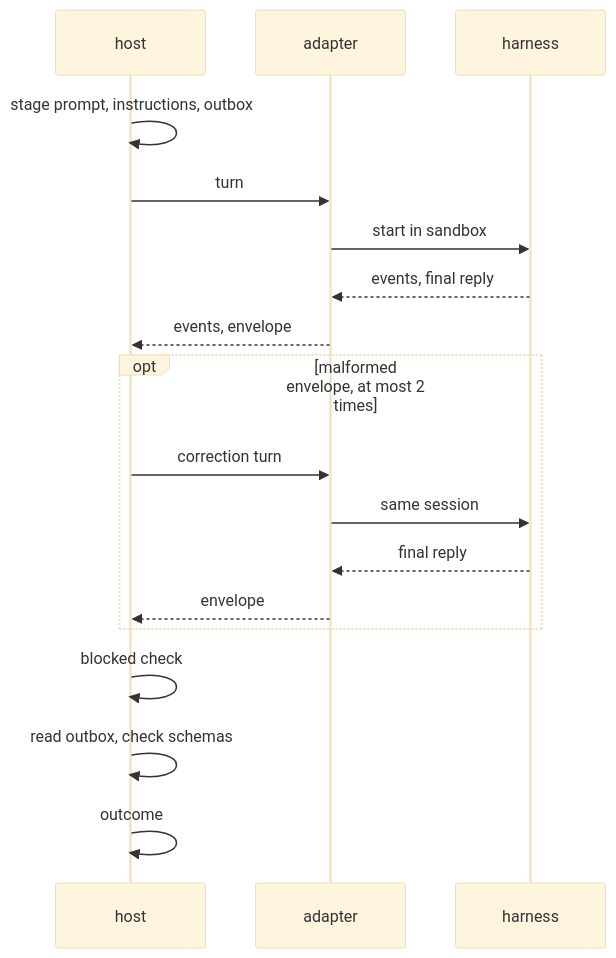
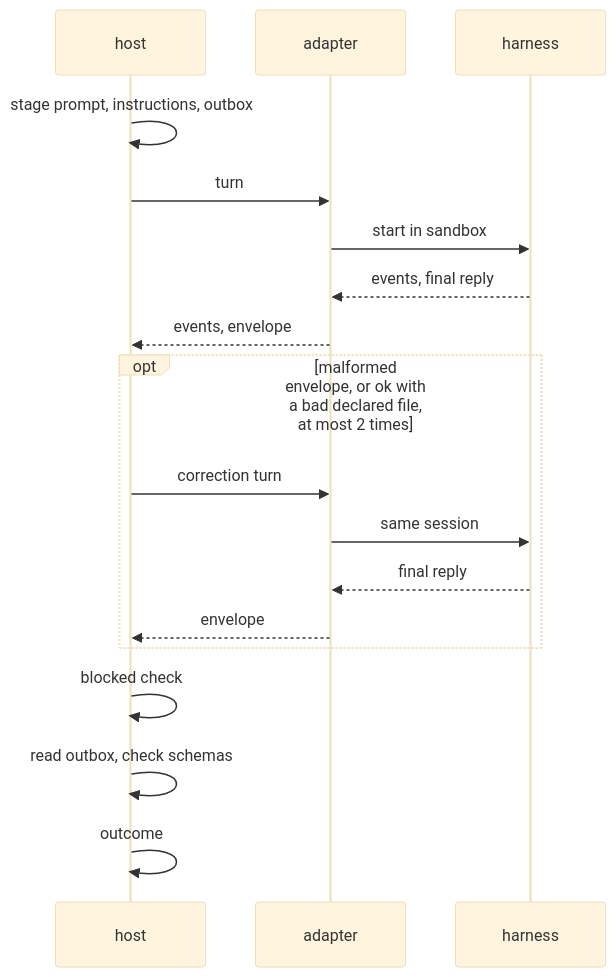
One commit to dvalnn/maestro changed the first of 3 diagrams in packages/host-repo/README.md. Above: the diagram before and after it, drawn with Mermaid (base theme). The commit also changed other lines of this file, not shown here.

````diff
--- a/packages/host-repo/README.md
+++ b/packages/host-repo/README.md
@@ -90,20 +91,20 @@
 ```mermaid
 sequenceDiagram
     participant host
     participant adapter
     participant harness
     host->>host: stage prompt, instructions, outbox
     host->>adapter: turn
     adapter->>harness: start in sandbox
     harness-->>adapter: events, final reply
     adapter-->>host: events, envelope
-    opt malformed envelope, at most 2 times
+    opt malformed envelope, or ok with a bad declared file, at most 2 times
         host->>adapter: correction turn
         adapter->>harness: same session
         harness-->>adapter: final reply
         adapter-->>host: envelope
     end
     host->>host: blocked check
     host->>host: read outbox, check schemas
     host->>host: outcome
 ```
````
